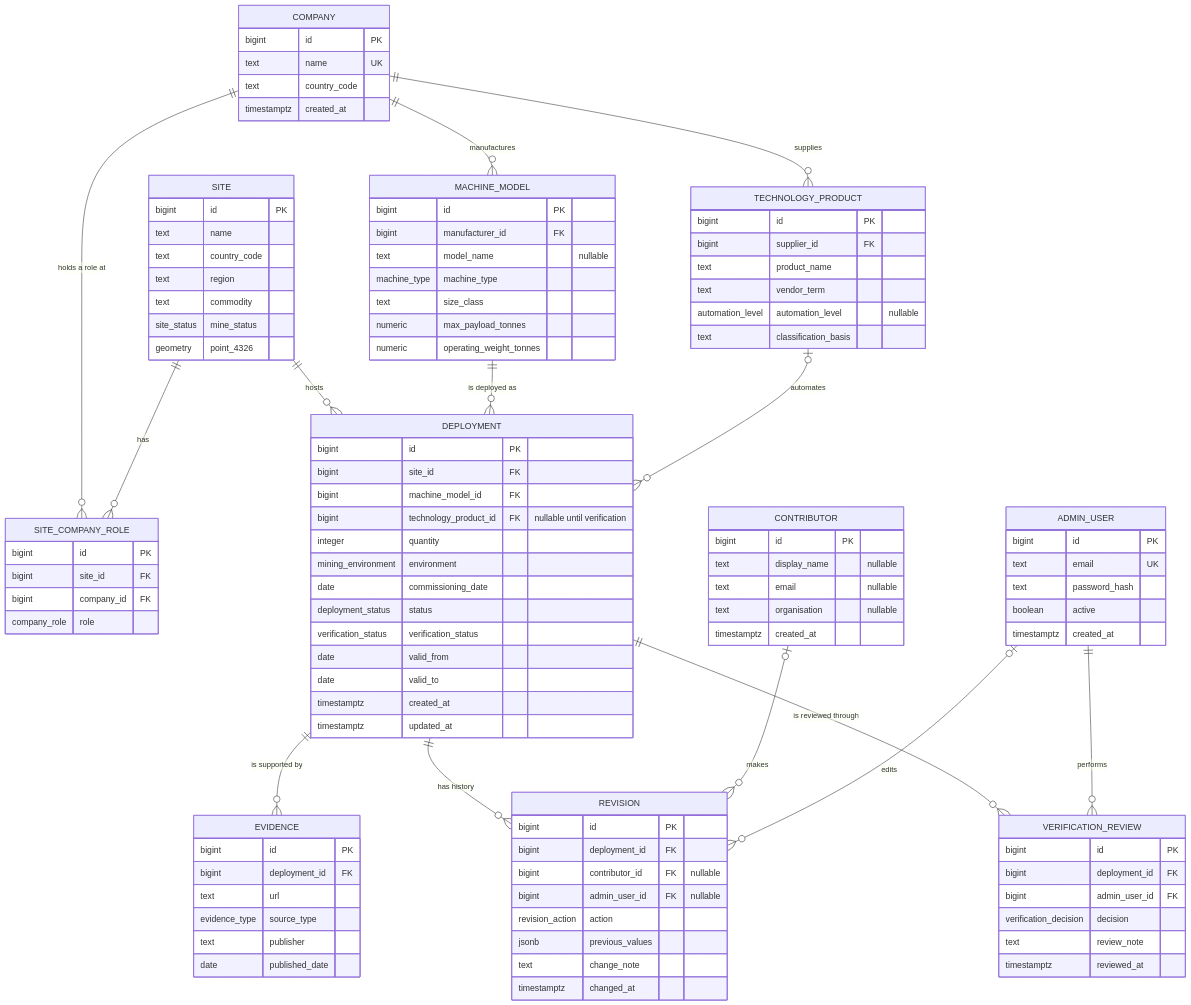
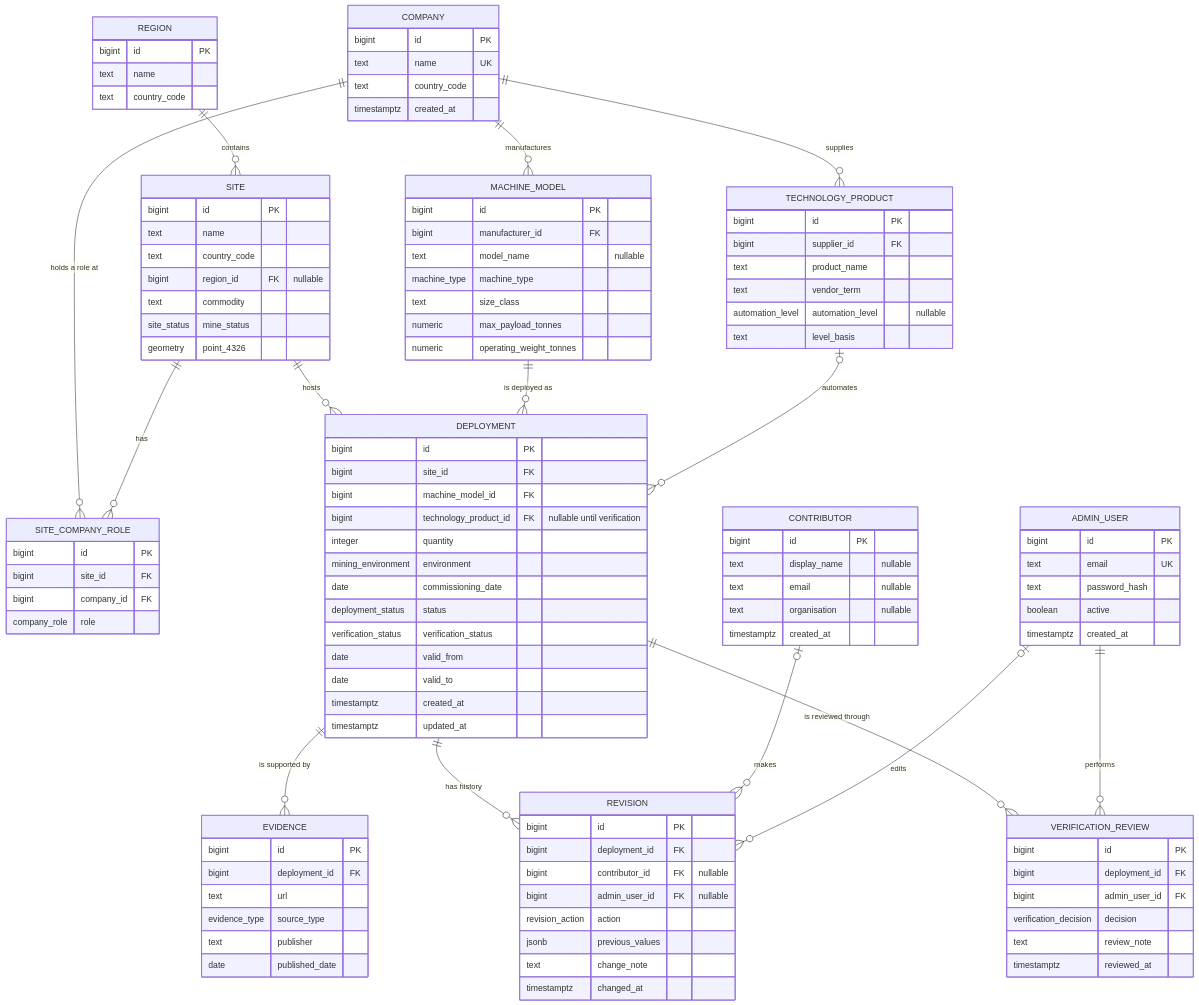
One commit to zinken7/capstone-group-5 changed the diagram in docs/database/ERD.md. Above: the diagram before and after it, drawn with Mermaid. The commit also changed other lines of this file, not shown here.

First line of the commit message:
docs: align ERD with SRS v0.3

````diff
--- a/docs/database/ERD.md
+++ b/docs/database/ERD.md
@@ -17,6 +17,7 @@
 ```mermaid
 erDiagram
     COMPANY ||--o{ SITE_COMPANY_ROLE : "holds a role at"
+    REGION ||--o{ SITE : contains
     SITE ||--o{ SITE_COMPANY_ROLE : "has"
     COMPANY ||--o{ MACHINE_MODEL : manufactures
     COMPANY ||--o{ TECHNOLOGY_PRODUCT : supplies
@@ -36,11 +37,16 @@
         text country_code
         timestamptz created_at
     }
+    REGION {
+        bigint id PK
+        text name
+        text country_code
+    }
     SITE {
         bigint id PK
         text name
         text country_code
-        text region
+        bigint region_id FK "nullable"
         text commodity
         site_status mine_status
         geometry point_4326
@@ -66,7 +72,7 @@
         text product_name
         text vendor_term
         automation_level automation_level "nullable"
-        text classification_basis
+        text level_basis
     }
     DEPLOYMENT {
         bigint id PK
````
